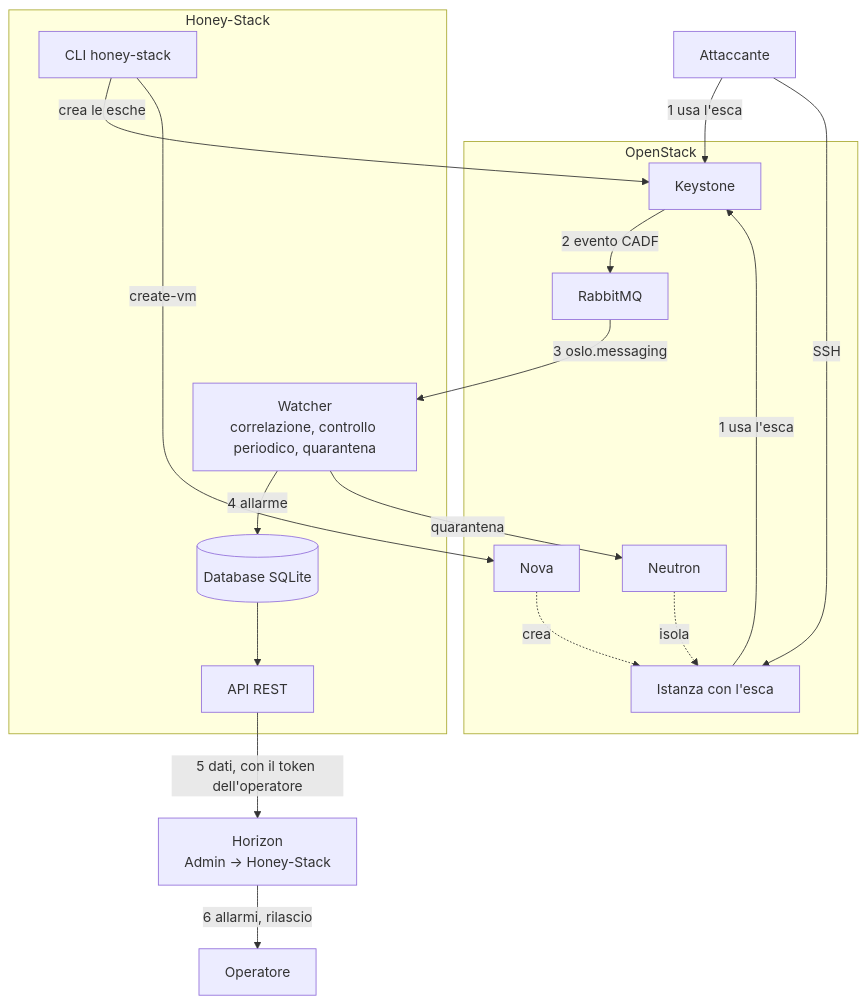
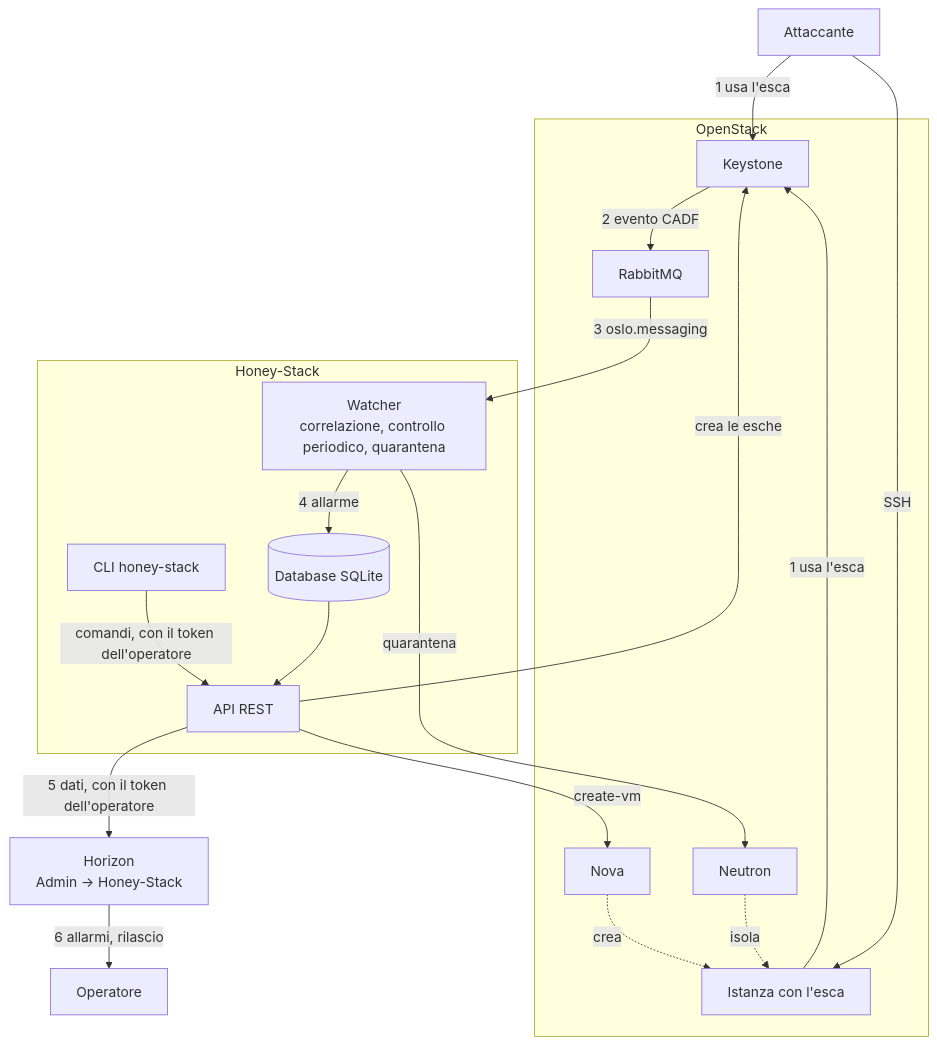
The diagram in README.md (BenedettoPio/honey-stack), drawn with Mermaid before and after one commit. The commit also changed other lines of this file and 13 other files, not shown here.

````diff
--- a/README.md
+++ b/README.md
@@ -13,31 +13,32 @@
 ```mermaid
 flowchart TB
     A["Attaccante"]
     subgraph OS["OpenStack"]
         K["Keystone"] -->|"2 evento CADF"| R["RabbitMQ"]
         NV["Nova"]
         N["Neutron"]
         VM["Istanza con l'esca"]
     end
     subgraph HS["Honey-Stack"]
         G["CLI honey-stack"]
         W["Watcher<br/>correlazione, controllo periodico, quarantena"]
         DB[("Database SQLite")]
         D["API REST"]
     end
     H["Horizon<br/>Admin → Honey-Stack"]
     O["Operatore"]
     A -->|"1 usa l'esca"| K
     A -->|"SSH"| VM
     VM -->|"1 usa l'esca"| K
     R -->|"3 oslo.messaging"| W
     W -->|"4 allarme"| DB
     DB --> D
     D -->|"5 dati, con il token dell'operatore"| H
     H -->|"6 allarmi, rilascio"| O
     W -->|"quarantena"| N
     N -.->|"isola"| VM
-    G -->|"crea le esche"| K
-    G -->|"create-vm"| NV
+    G -->|"comandi, con il token dell'operatore"| D
+    D -->|"crea le esche"| K
+    D -->|"create-vm"| NV
     NV -.->|"crea"| VM
 ```
````
